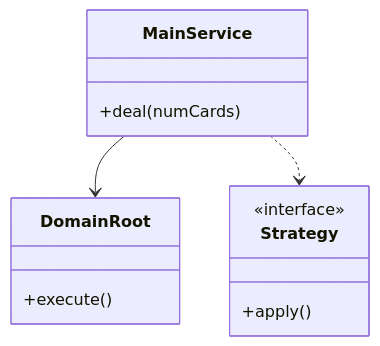
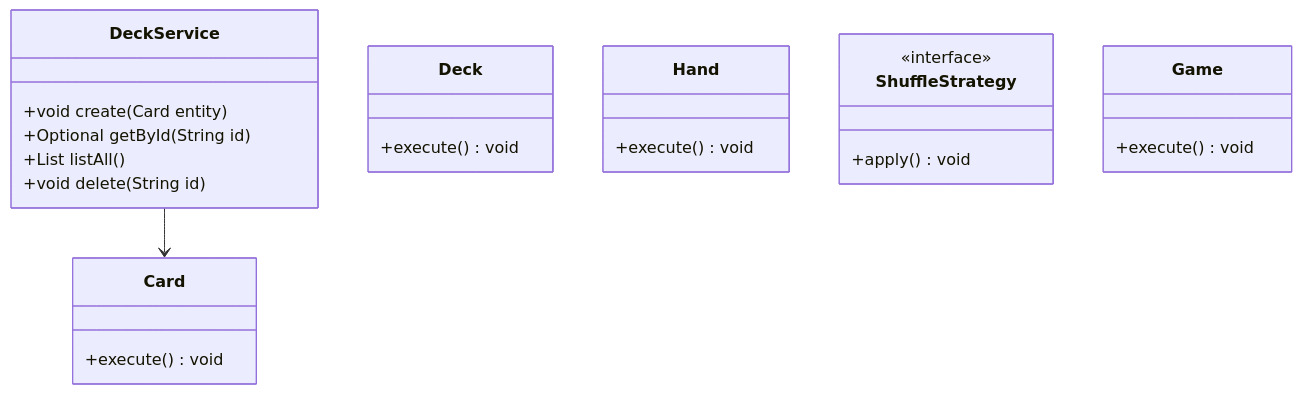
Before and after one commit to madhupaila/Interview-Prep-SSE: the first of 3 diagrams in Learn/System Design - Low Level Design/02-classic-ood/questions/Q09-deck-of-cards.md, drawn with Mermaid. The commit also changed other lines of this file and 491 other files, not shown here.

````diff
--- a/Learn/System Design - Low Level Design/02-classic-ood/questions/Q09-deck-of-cards.md
+++ b/Learn/System Design - Low Level Design/02-classic-ood/questions/Q09-deck-of-cards.md
@@ -75,15 +92,26 @@
 ```mermaid
 classDiagram
-    class MainService {
-        +deal(numCards)
+    class DeckService {
+        +void create(Card entity)
+        +Optional<Card> getById(String id)
+        +List<Card> listAll()
+        +void delete(String id)
     }
-    class DomainRoot {
-        +execute()
+    class Card {
+        +execute() void
     }
-    class Strategy {
+    class Deck {
+        +execute() void
+    }
+    class Hand {
+        +execute() void
+    }
+    class ShuffleStrategy {
         <<interface>>
-        +apply()
+        +apply() void
     }
-    MainService --> DomainRoot
-    MainService ..> Strategy
+    class Game {
+        +execute() void
+    }
+    DeckService --> Card
 ```
````
